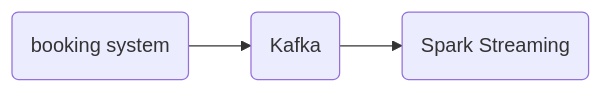
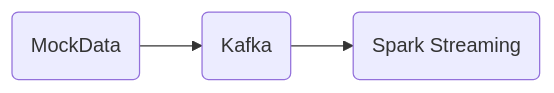
Before and after one commit to abcgz133/spark_project: the diagram in FiveMinuteFromKafkaTrend/Readme.md, drawn with Mermaid. The commit also changed other lines of this file, not shown here.

````diff
--- a/FiveMinuteFromKafkaTrend/Readme.md
+++ b/FiveMinuteFromKafkaTrend/Readme.md
@@ -22,5 +22,5 @@
 ```mermaid
 flowchart LR
-    A(booking system) --> B(Kafka) --> C(Spark Streaming)
+    A(MockData) --> B(Kafka) --> C(Spark Streaming)
     
 ```
````
